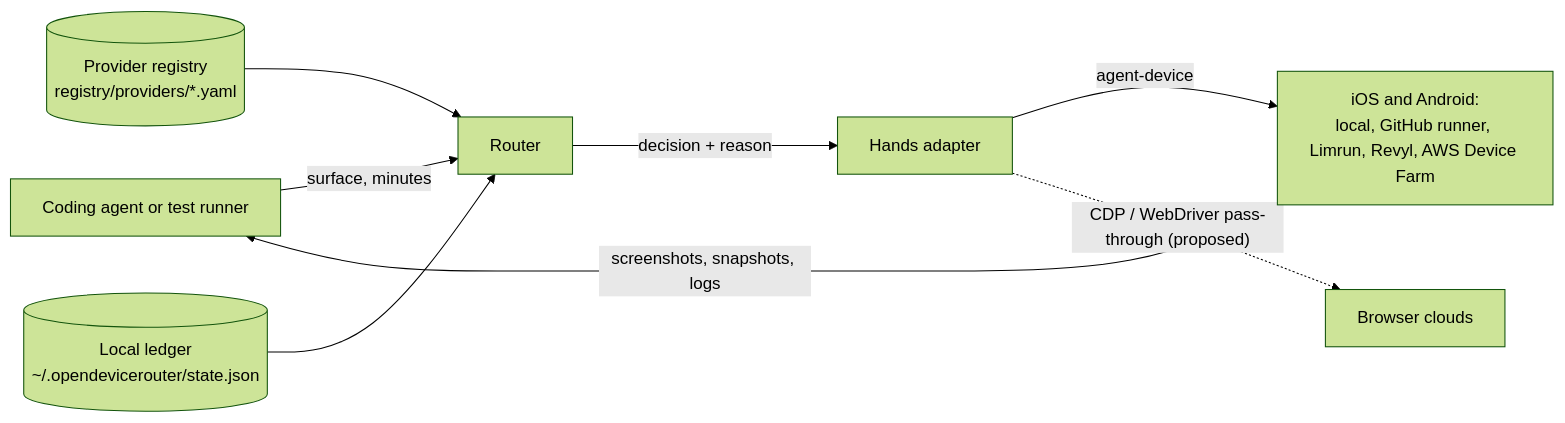
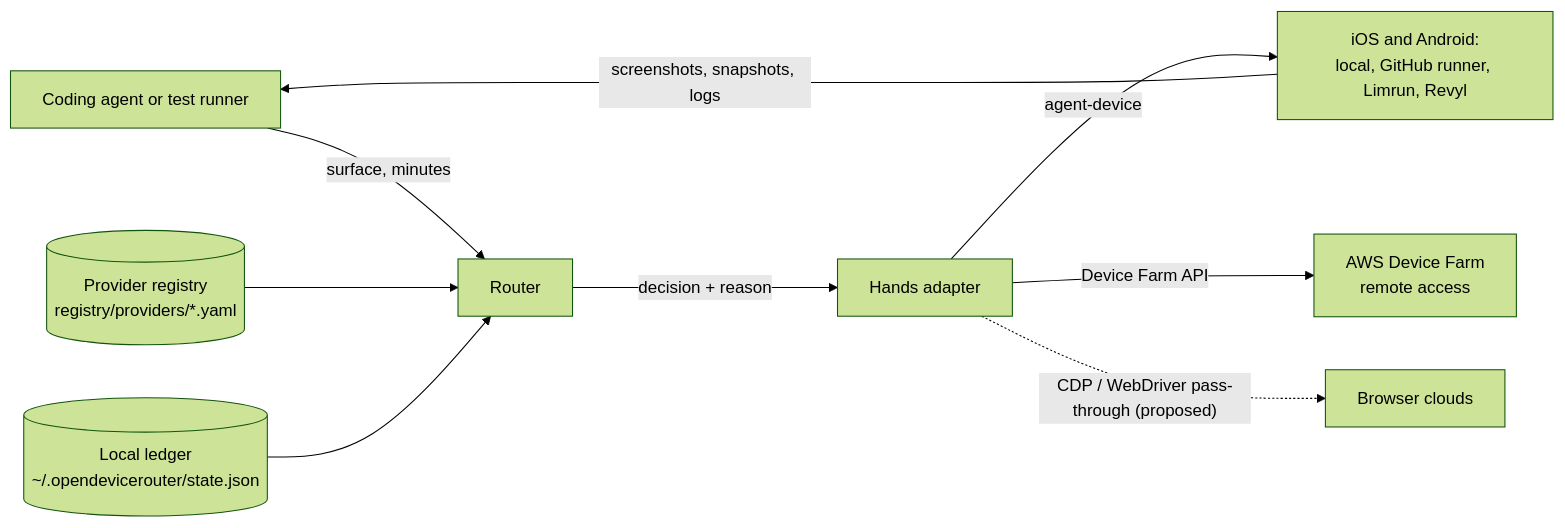
Before and after one commit to QA-army/open-device-router: the diagram in docs/architecture.md, drawn with Mermaid (forest theme). The commit also changed other lines of this file and 31 other files, not shown here.

First line of the commit message:
Add AWS Device Farm free-minute routing and provider onboarding

````diff
--- a/docs/architecture.md
+++ b/docs/architecture.md
@@ -13,10 +13,11 @@
 ```mermaid
 flowchart LR
   caller["Coding agent or test runner"] -->|"surface, minutes"| router["Router"]
   registry[("Provider registry<br/>registry/providers/*.yaml")] --> router
   ledger[("Local ledger<br/>~/.opendevicerouter/state.json")] --> router
   router -->|"decision + reason"| hands["Hands adapter"]
-  hands -->|"agent-device"| mobile["iOS and Android:<br/>local, GitHub runner, Limrun, Revyl, AWS Device Farm"]
+  hands -->|"agent-device"| mobile["iOS and Android:<br/>local, GitHub runner, Limrun, Revyl"]
+  hands -->|"Device Farm API"| aws["AWS Device Farm<br/>remote access"]
   hands -.->|"CDP / WebDriver pass-through (proposed)"| web["Browser clouds"]
   mobile -->|"screenshots, snapshots, logs"| caller
 ```
````
